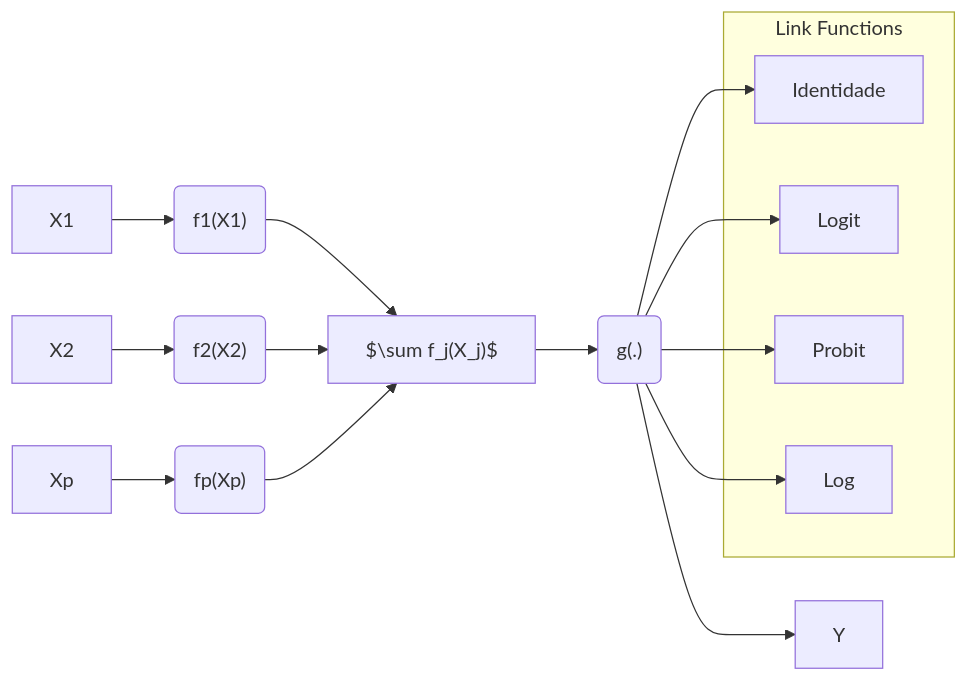
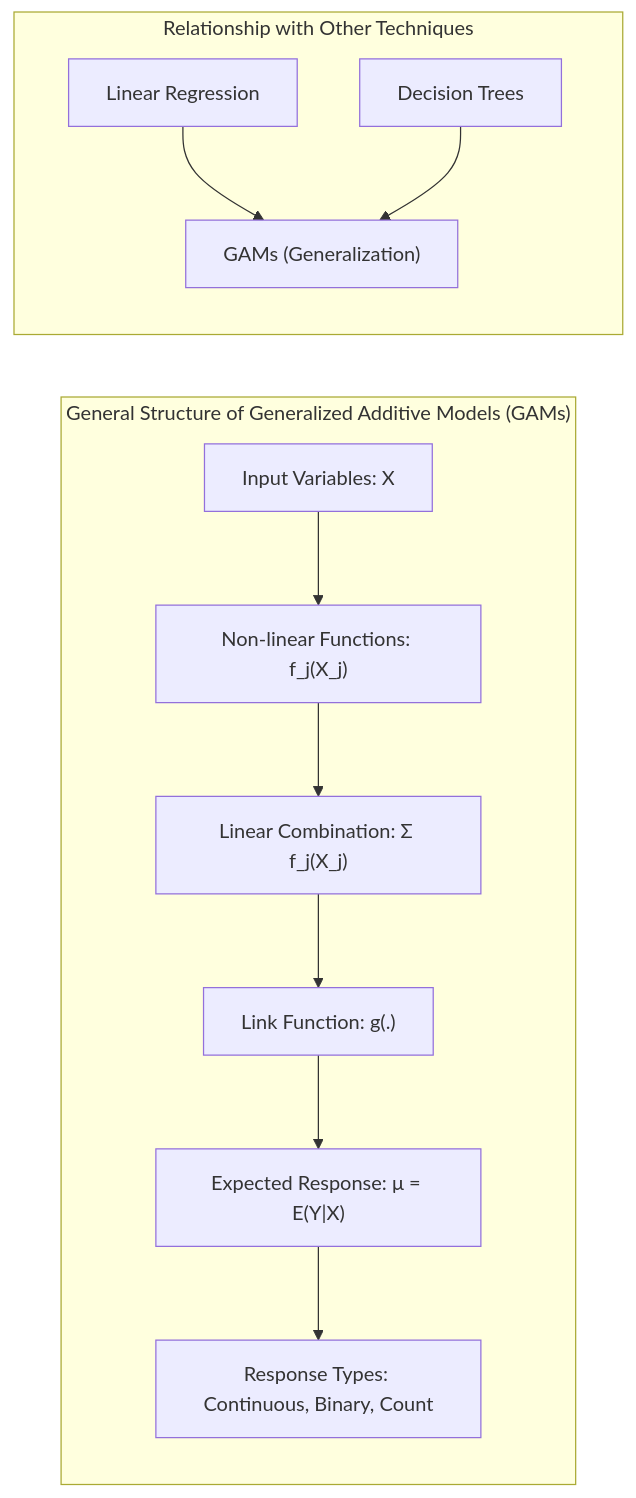
The first of 6 diagrams in 03. Additive Models/01. Generalized Additive Models/03. Generalized Linear Models.md (diegomrodrigues/statistical_learning_notes), drawn with Mermaid before and after one commit. The commit also changed other lines of this file and 228 other files, not shown here.

````diff
--- a/03. Additive Models/01. Generalized Additive Models/03. Generalized Linear Models.md
+++ b/03. Additive Models/01. Generalized Additive Models/03. Generalized Linear Models.md
@@ -3,26 +3,14 @@
 ```mermaid
 graph LR
-    A["X1"] --> B("f1(X1)");
-    C["X2"] --> D("f2(X2)");
-    E["Xp"] --> F("fp(Xp)");
-
-    B --> G;
-    D --> G;
-    F --> G;
-
-    G["$\sum f_j(X_j)$"] --> H("g(.)");
-
-    H --> I["Y"];
-    
-    subgraph "Link Functions"
-    J["Identidade"]
-    K["Logit"]
-    L["Probit"]
-    M["Log"]
+    subgraph "General Structure of Generalized Additive Models (GAMs)"
+      A["Input Variables: X"] --> B["Non-linear Functions: f_j(X_j)"]
+      B --> C["Linear Combination: Σ f_j(X_j)"]
+      C --> D["Link Function: g(.)"]
+      D --> E["Expected Response: μ = E(Y|X)"]
+      E --> F["Response Types: Continuous, Binary, Count"]
     end
-    
-    H --> J
-    H --> K
-    H --> L
-    H --> M
+    subgraph "Relationship with Other Techniques"
+        G["Linear Regression"] --> H["GAMs (Generalization)"]
+        I["Decision Trees"] --> H
+    end
 ```
````
